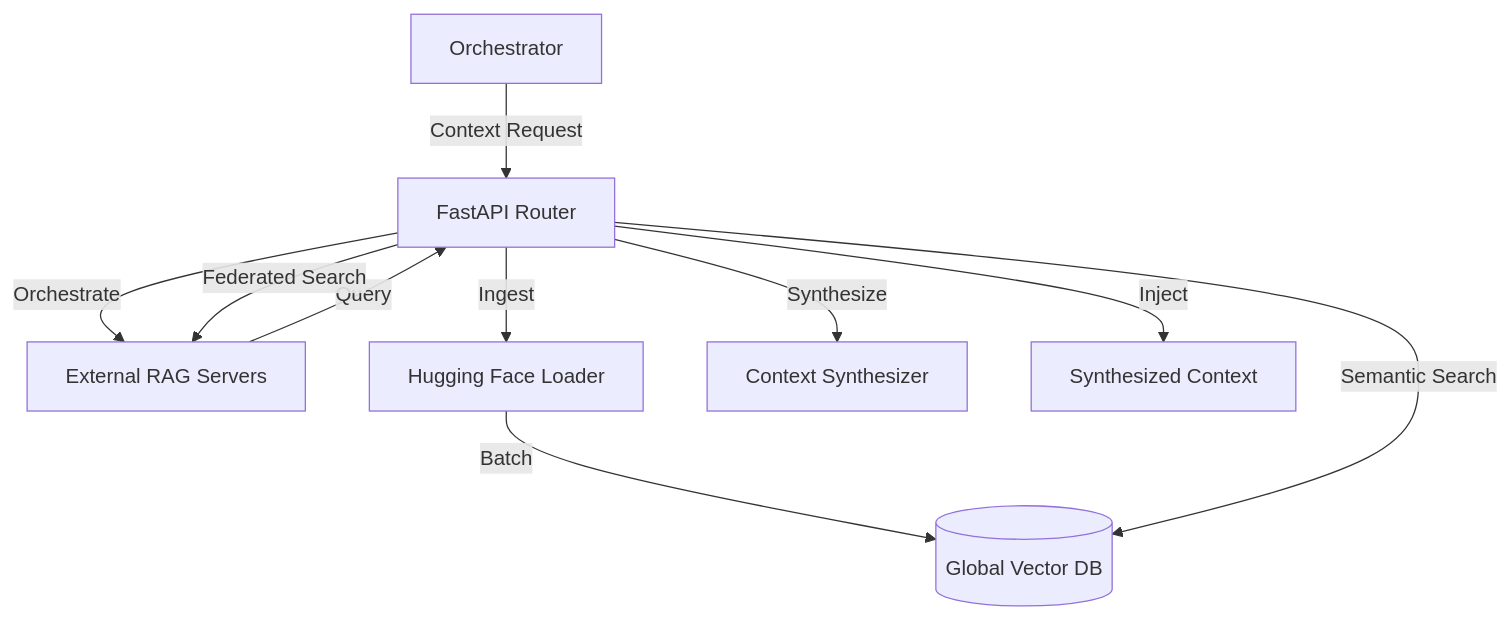
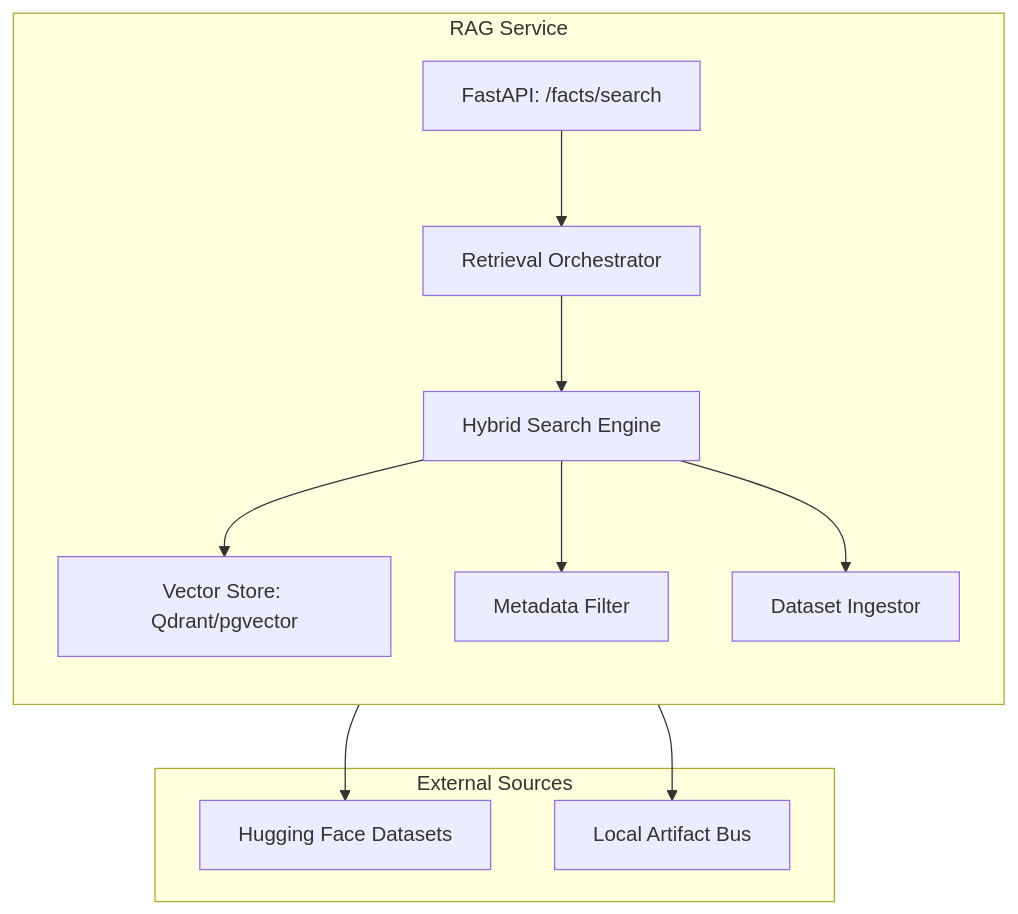
One commit to azzindani/Kea changed the diagram in services/rag_service/README.md. Above: the diagram before and after it, drawn with Mermaid. The commit also changed other lines of this file and 22 other files, not shown here.

Commit message:
feat: Establish initial project architecture and comprehensive module documentation across kernel and services.

````diff
--- a/services/rag_service/README.md
+++ b/services/rag_service/README.md
@@ -27,14 +9,17 @@
 ```mermaid
 graph TD
-    API[FastAPI Router] -->|Orchestrate| External[External RAG Servers]
-    API -->|Ingest| HF[Hugging Face Loader]
-    API -->|Synthesize| Synth[Context Synthesizer]
-    
-    HF -->|Batch| VectorDB[(Global Vector DB)]
-    External -->|Query| API
-    
-    Orchestrator[Orchestrator] -->|Context Request| API
-    API -->|Federated Search| External
-    API -->|Semantic Search| VectorDB
-    API -->|Inject| OrchOut[Synthesized Context]
+    subgraph RAG [RAG Service]
+        direction TB
+        API[FastAPI: /facts/search] --> Orch[Retrieval Orchestrator]
+        Orch --> Hybrid[Hybrid Search Engine]
+        
+        Hybrid --> Vector[Vector Store: Qdrant/pgvector]
+        Hybrid --> Meta[Metadata Filter]
+        Hybrid --> Ingest[Dataset Ingestor]
+    end
+
+    subgraph Sources [External Sources]
+        Ingest --> HF[Hugging Face Datasets]
+        Ingest --> Local[Local Artifact Bus]
+    end
 ```
````
